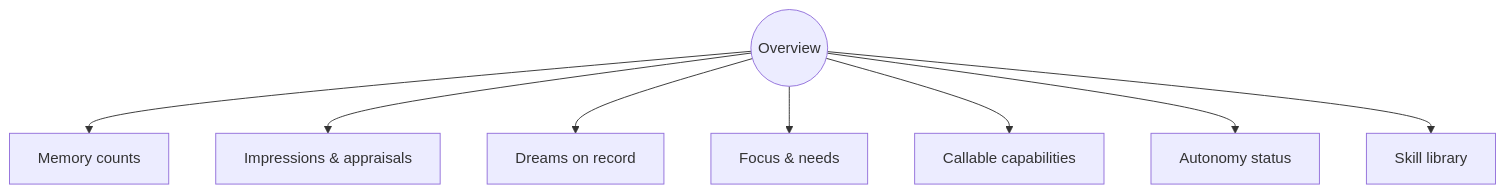
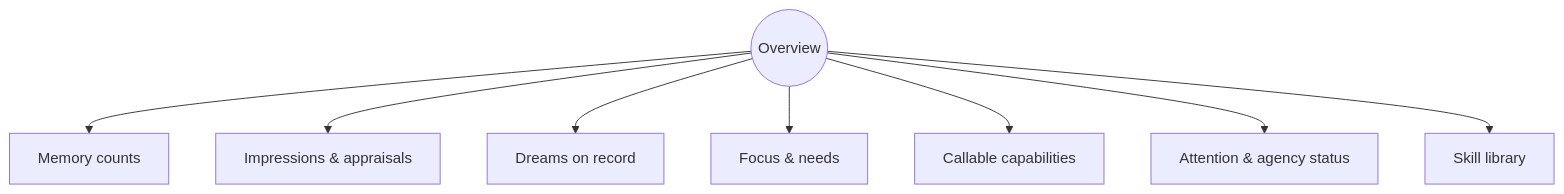
Before and after one commit to Velfi/AffectiveCore: the second of 5 diagrams in docs/08-looking-inward.md, drawn with Mermaid. The commit also changed other lines of this file and 147 other files, not shown here.

````diff
--- a/docs/08-looking-inward.md
+++ b/docs/08-looking-inward.md
@@ -28,12 +28,12 @@
 ```mermaid
 flowchart TB
     OV((Overview))
 
     OV --> MC[Memory counts]
     OV --> IA[Impressions & appraisals]
     OV --> DR[Dreams on record]
     OV --> FN[Focus & needs]
     OV --> CC[Callable capabilities]
-    OV --> AS[Autonomy status]
+    OV --> AS[Attention & agency status]
     OV --> SL[Skill library]
 ```
````
